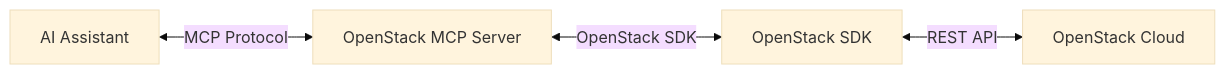
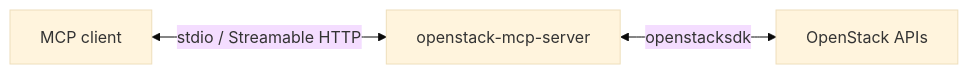
The diagram in README.md (oomchiller/openstack-mcp-server), drawn with Mermaid (base theme) before and after one commit. The commit also changed other lines of this file and 74 other files, not shown here.

````diff
--- a/README.md
+++ b/README.md
@@ -8,6 +11,5 @@
 ```mermaid
 flowchart LR
-    AI[AI Assistant] <-->|MCP Protocol| Server[OpenStack MCP Server]
-    Server <-->|OpenStack SDK| SDK[OpenStack SDK]
-    SDK <-->|REST API| Cloud[OpenStack Cloud]
+    AI[MCP client] <-->|stdio / Streamable HTTP| Server[openstack-mcp-server]
+    Server <-->|openstacksdk| Cloud[OpenStack APIs]
 ```
````
